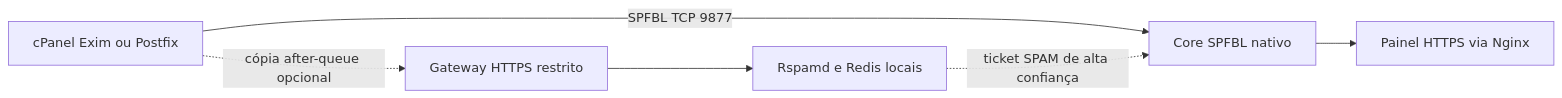
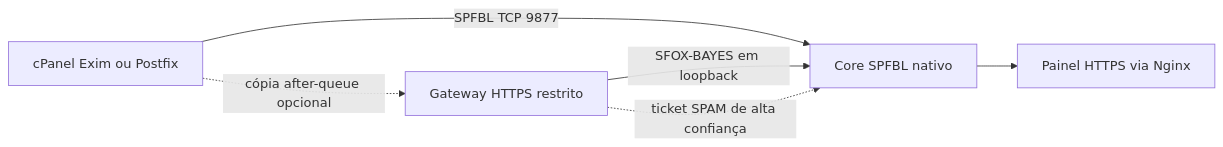
One commit to dgicloud/SPFBL changed the diagram in docs/ARCHITECTURE.md. Above: the diagram before and after it, drawn with Mermaid. The commit also changed other lines of this file and 47 other files, not shown here.

Commit message:
Add native Bayes admin and monitor gateway

````diff
--- a/docs/ARCHITECTURE.md
+++ b/docs/ARCHITECTURE.md
@@ -3,8 +3,8 @@
 ```mermaid
 flowchart LR
   MTA[cPanel Exim ou Postfix] -->|SPFBL TCP 9877| Core[Core SPFBL nativo]
   MTA -. cópia after-queue opcional .-> Gateway[Gateway HTTPS restrito]
-  Gateway --> Rspamd[Rspamd e Redis locais]
-  Rspamd -. ticket SPAM de alta confiança .-> Core
+  Gateway -->|SFOX-BAYES em loopback| Core
+  Gateway -. ticket SPAM de alta confiança .-> Core
   Core --> Panel[Painel HTTPS via Nginx]
 ```
````
